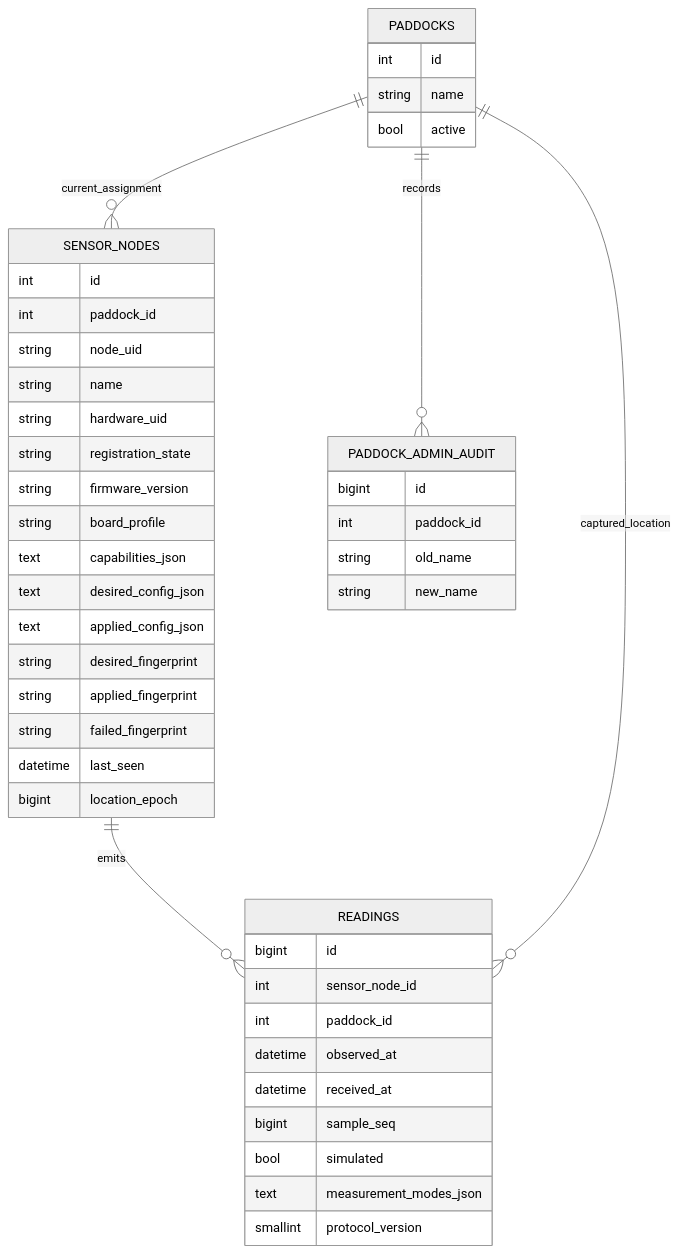
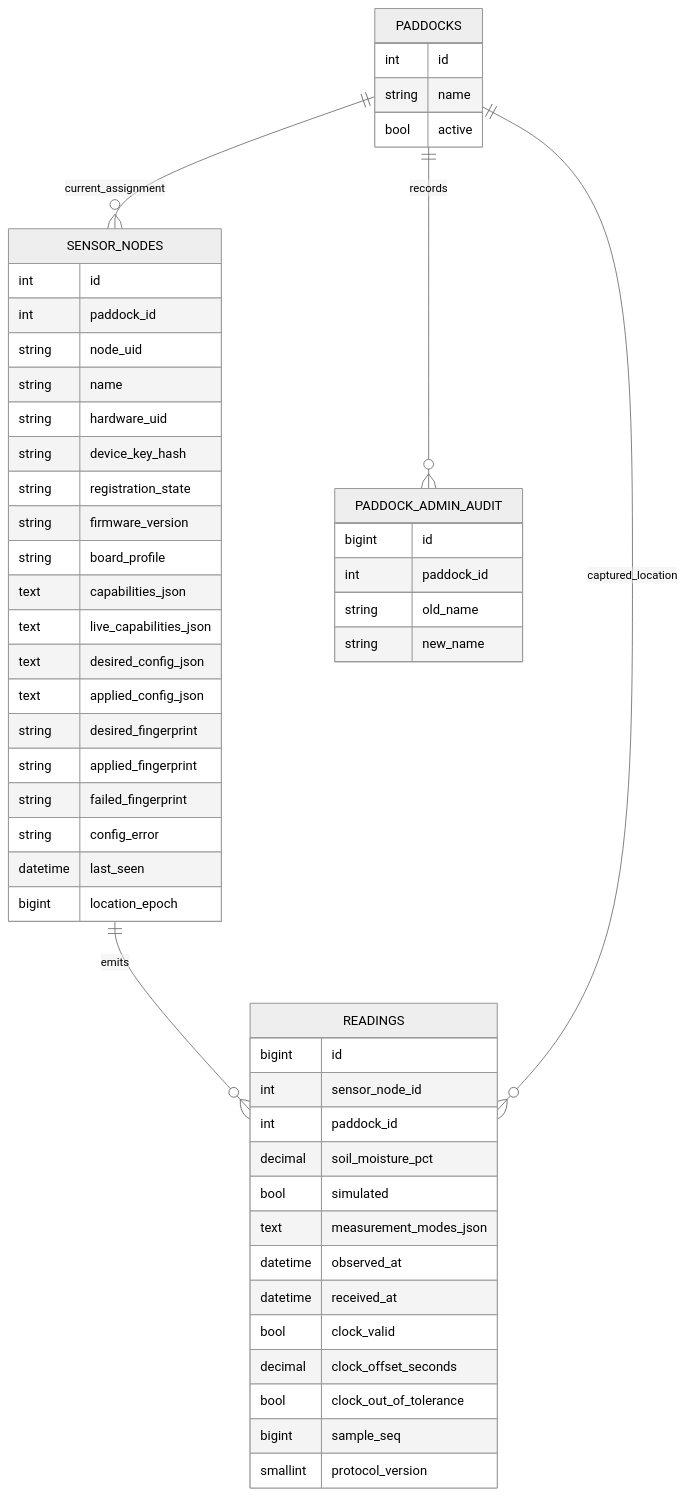
Before and after one commit to w0rmy/farmpi: the diagram in docs/diagrams/database-erd.mmd, drawn with Mermaid (neutral theme).

Commit message:
Bring database ERD up to current managed-node schema

```diff
--- a/docs/diagrams/database-erd.mmd
+++ b/docs/diagrams/database-erd.mmd
@@ -1,49 +1,56 @@
 erDiagram
   PADDOCKS ||--o{ SENSOR_NODES : current_assignment
   SENSOR_NODES ||--o{ READINGS : emits
   PADDOCKS ||--o{ READINGS : captured_location
   PADDOCKS ||--o{ PADDOCK_ADMIN_AUDIT : records
 
   PADDOCKS {
     int id
     string name
     bool active
   }
 
   SENSOR_NODES {
     int id
     int paddock_id
     string node_uid
     string name
     string hardware_uid
+    string device_key_hash
     string registration_state
     string firmware_version
     string board_profile
     text capabilities_json
+    text live_capabilities_json
     text desired_config_json
     text applied_config_json
     string desired_fingerprint
     string applied_fingerprint
     string failed_fingerprint
+    string config_error
     datetime last_seen
     bigint location_epoch
   }
 
   READINGS {
     bigint id
     int sensor_node_id
     int paddock_id
+    decimal soil_moisture_pct
+    bool simulated
+    text measurement_modes_json
     datetime observed_at
     datetime received_at
+    bool clock_valid
+    decimal clock_offset_seconds
+    bool clock_out_of_tolerance
     bigint sample_seq
-    bool simulated
-    text measurement_modes_json
     smallint protocol_version
   }
 
   PADDOCK_ADMIN_AUDIT {
     bigint id
     int paddock_id
     string old_name
     string new_name
   }
```
